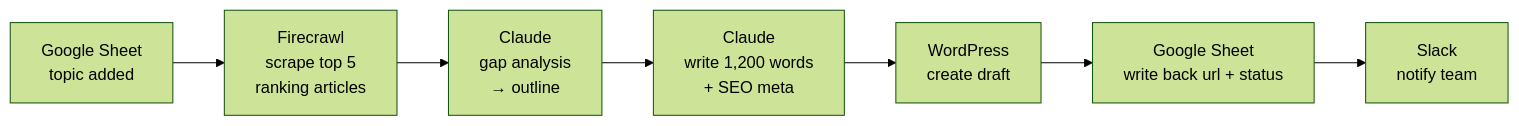
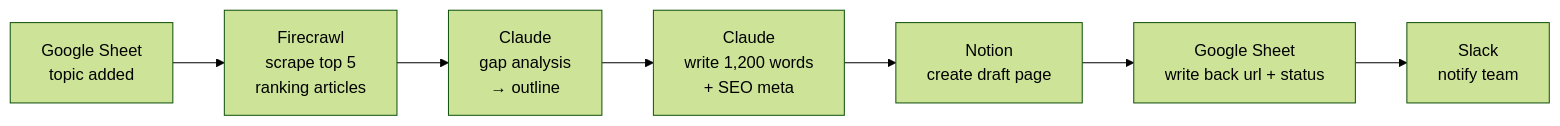
One commit to DhanushChinivar/ai-content-pipeline changed the diagram in README.md. Above: the diagram before and after it, drawn with Mermaid (forest theme). The commit also changed other lines of this file and 3 other files, not shown here.

First line of the commit message:
Switch publishing target from WordPress to Notion

````diff
--- a/README.md
+++ b/README.md
@@ -38,9 +38,9 @@
 ```mermaid
 flowchart LR
     A["Google Sheet<br/>topic added"] --> B["Firecrawl<br/>scrape top 5<br/>ranking articles"]
     B --> C["Claude<br/>gap analysis<br/>→ outline"]
     C --> D["Claude<br/>write 1,200 words<br/>+ SEO meta"]
-    D --> E["WordPress<br/>create draft"]
+    D --> E["Notion<br/>create draft page"]
     E --> F["Google Sheet<br/>write back url + status"]
     F --> G["Slack<br/>notify team"]
 ```
````
